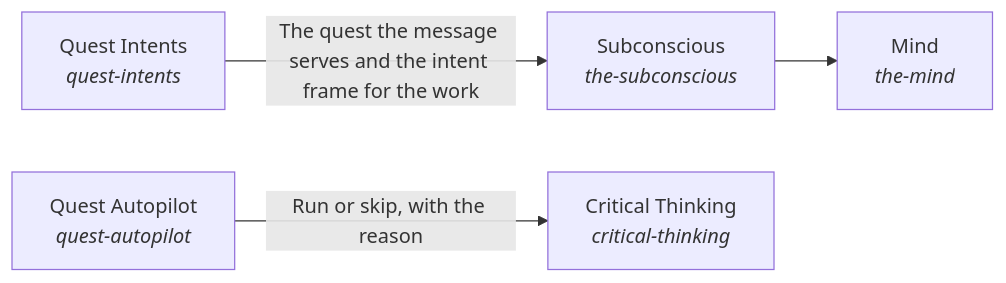
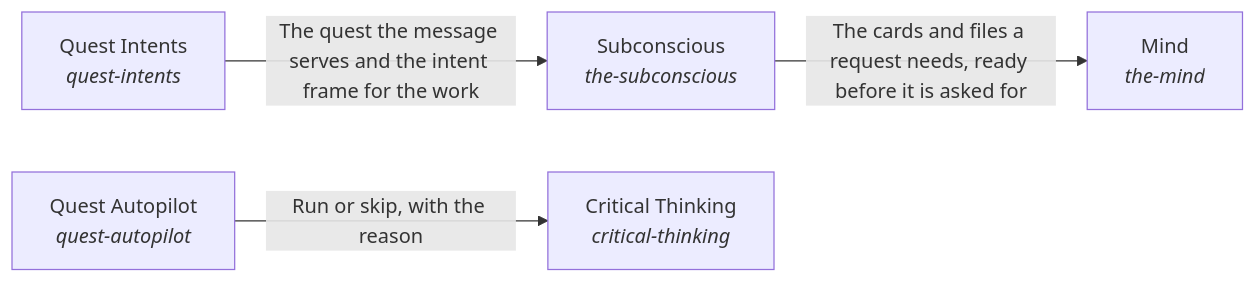
Before and after one commit to SpiritualData/quest-ai-runner: the diagram in quest_ai_runner/the_intelligence/README.md, drawn with Mermaid. The commit also changed other lines of this file and 52 other files, not shown here.

````diff
--- a/quest_ai_runner/the_intelligence/README.md
+++ b/quest_ai_runner/the_intelligence/README.md
@@ -17,11 +17,11 @@
 ```mermaid
 flowchart LR
     s0["Subconscious<br/><i>the-subconscious</i>"]
     s1["Mind<br/><i>the-mind</i>"]
     s2["Critical Thinking<br/><i>critical-thinking</i>"]
     s3["Quest Autopilot<br/><i>quest-autopilot</i>"]
     s4["Quest Intents<br/><i>quest-intents</i>"]
-    s0 --> s1
+    s0 -->|"The cards and files a request needs, ready before it is asked for"| s1
     s3 -->|"Run or skip, with the reason"| s2
     s4 -->|"The quest the message serves and the intent frame for the work"| s0
 ```
````
